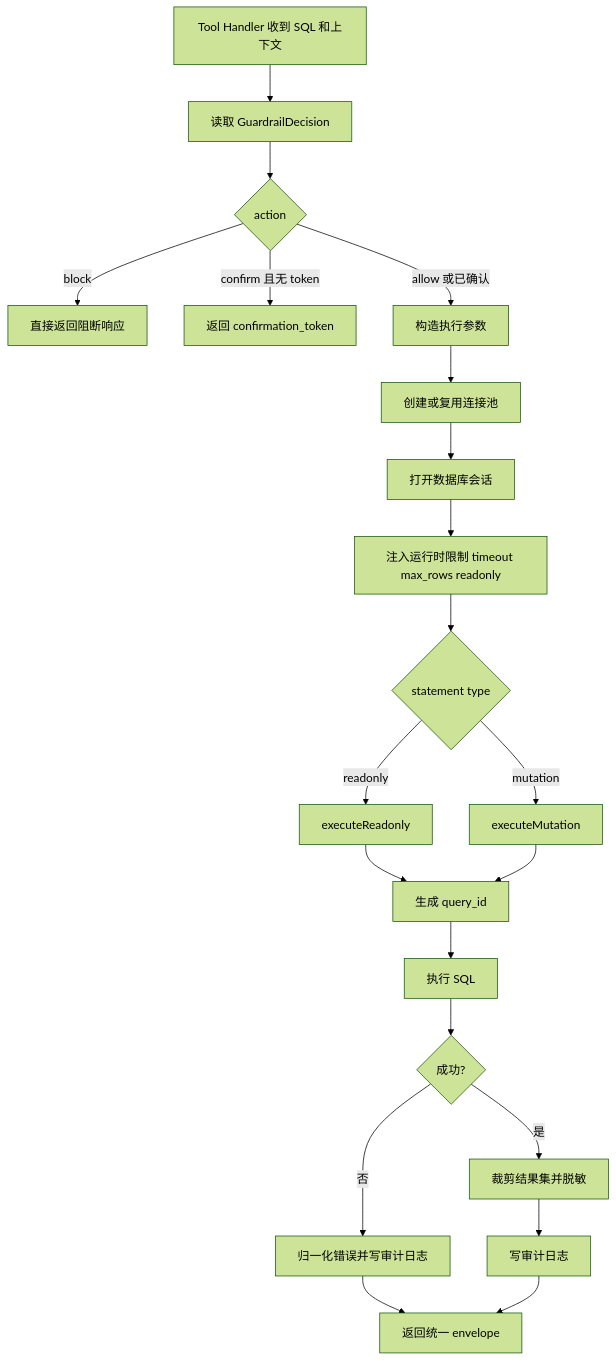
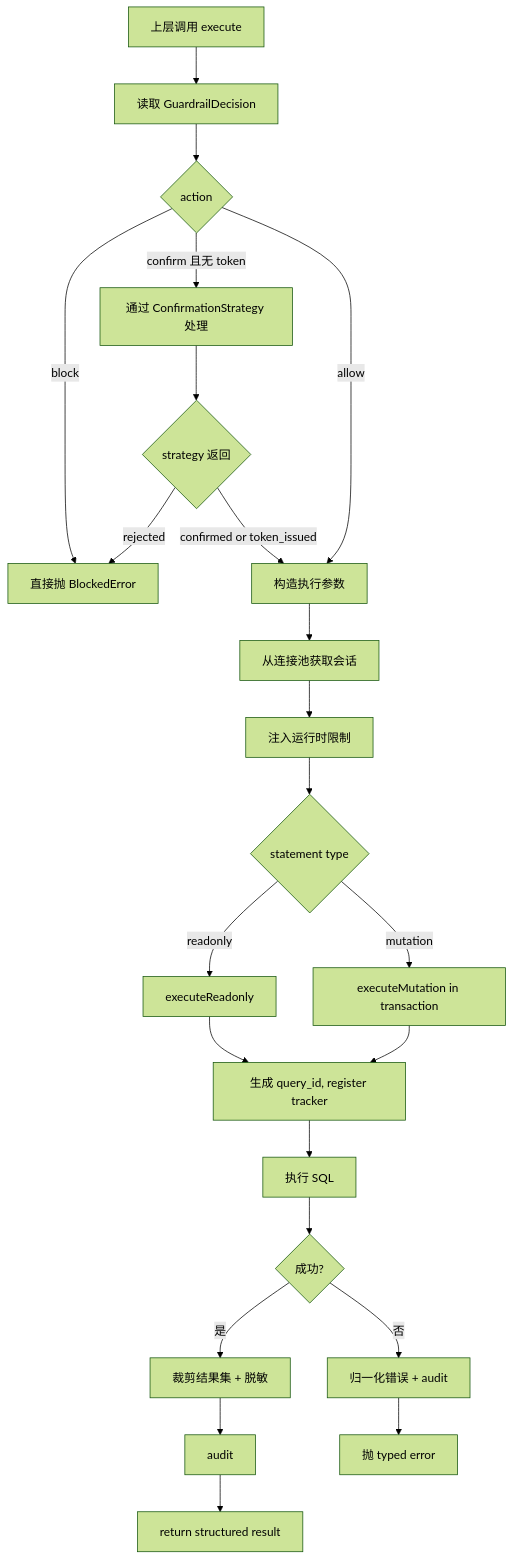
The fourth of 5 diagrams in docs/architecture.md (youweichen0208/taurus-mcp-server), drawn with Mermaid (forest theme) before and after one commit. The commit also changed other lines of this file and 140 other files, not shown here.

````diff
--- a/docs/architecture.md
+++ b/docs/architecture.md
@@ -373,23 +664,25 @@
 ```mermaid
 flowchart TB
-  A[Tool Handler 收到 SQL 和上下文] --> B[读取 GuardrailDecision]
+  A[上层调用 execute] --> B[读取 GuardrailDecision]
   B --> C{action}
-  C -->|block| D[直接返回阻断响应]
-  C -->|confirm 且无 token| E[返回 confirmation_token]
-  C -->|allow 或已确认| F[构造执行参数]
-  F --> G[创建或复用连接池]
-  G --> H[打开数据库会话]
-  H --> I[注入运行时限制 timeout max_rows readonly]
+  C -->|block| D[直接抛 BlockedError]
+  C -->|confirm 且无 token| E[通过 ConfirmationStrategy 处理]
+  E --> F{strategy 返回}
+  F -->|rejected| D
+  F -->|confirmed or token_issued| G[构造执行参数]
+  C -->|allow| G
+  G --> H[从连接池获取会话]
+  H --> I[注入运行时限制]
   I --> J{statement type}
   J -->|readonly| K[executeReadonly]
-  J -->|mutation| L[executeMutation]
-  K --> M[生成 query_id]
+  J -->|mutation| L[executeMutation in transaction]
+  K --> M[生成 query_id, register tracker]
   L --> M
   M --> N[执行 SQL]
   N --> O{成功?}
-  O -->|否| P[归一化错误并写审计日志]
-  O -->|是| Q[裁剪结果集并脱敏]
-  Q --> R[写审计日志]
-  P --> S[返回统一 envelope]
-  R --> S
+  O -->|否| P[归一化错误 + audit]
+  O -->|是| Q[裁剪结果集 + 脱敏]
+  Q --> R[audit]
+  P --> S[抛 typed error]
+  R --> T[return structured result]
 ```
````
